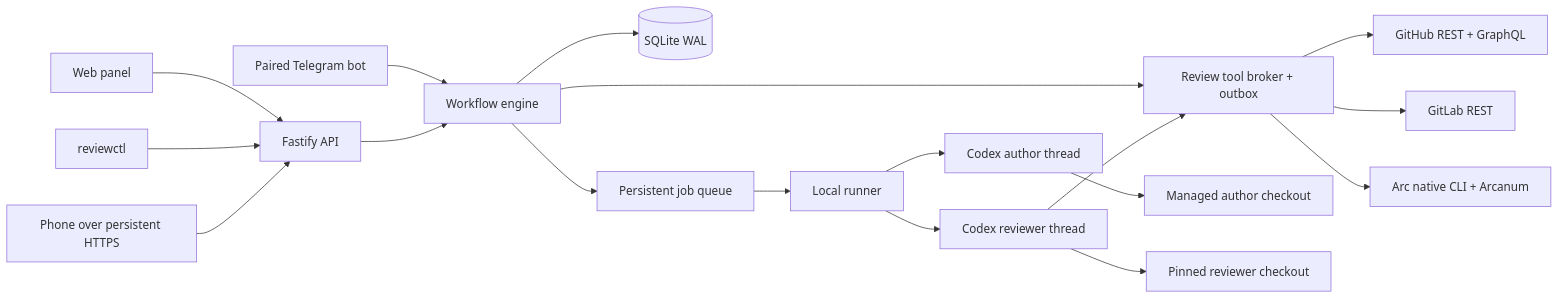
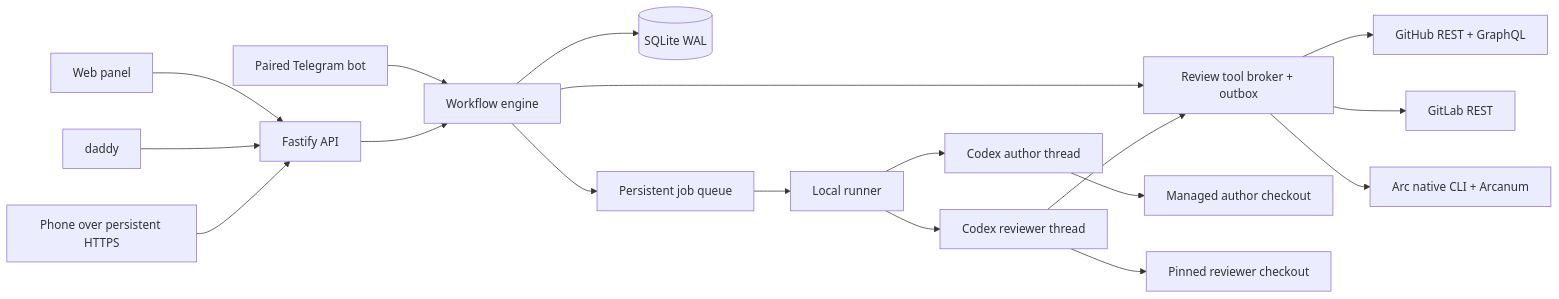
One commit to heesooyaam/daddyloop changed the first of 2 diagrams in docs/architecture.md. Above: the diagram before and after it, drawn with Mermaid. The commit also changed other lines of this file and 193 other files, not shown here.

````diff
--- a/docs/architecture.md
+++ b/docs/architecture.md
@@ -5,20 +5,20 @@
 ```mermaid
 flowchart LR
     UI[Web panel] --> API[Fastify API]
-    CLI[reviewctl] --> API
+    CLI[daddy] --> API
     Phone[Phone over persistent HTTPS] --> API
     Telegram[Paired Telegram bot] --> Engine
     API --> Engine[Workflow engine]
     Engine --> DB[(SQLite WAL)]
     Engine --> Broker[Review tool broker + outbox]
     Broker --> GH[GitHub REST + GraphQL]
     Broker --> GL[GitLab REST]
     Broker --> Arc[Arc native CLI + Arcanum]
     Engine --> Queue[Persistent job queue]
     Queue --> Worker[Local runner]
     Worker --> Author[Codex author thread]
     Worker --> Reviewer[Codex reviewer thread]
     Author --> AW[Managed author checkout]
     Reviewer --> RW[Pinned reviewer checkout]
     Reviewer --> Broker
 ```
````
